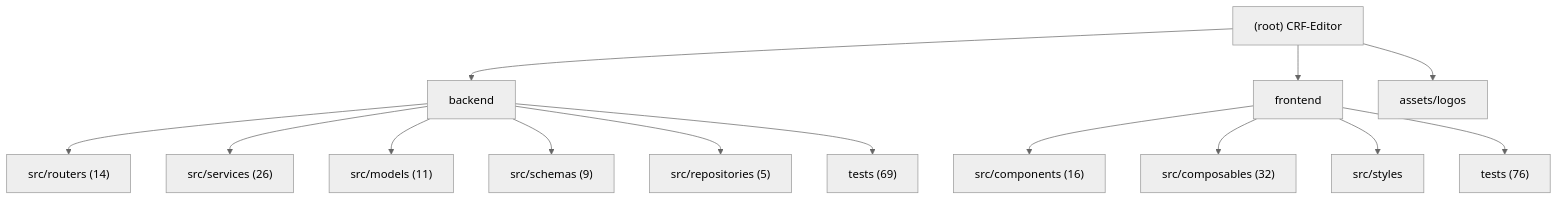
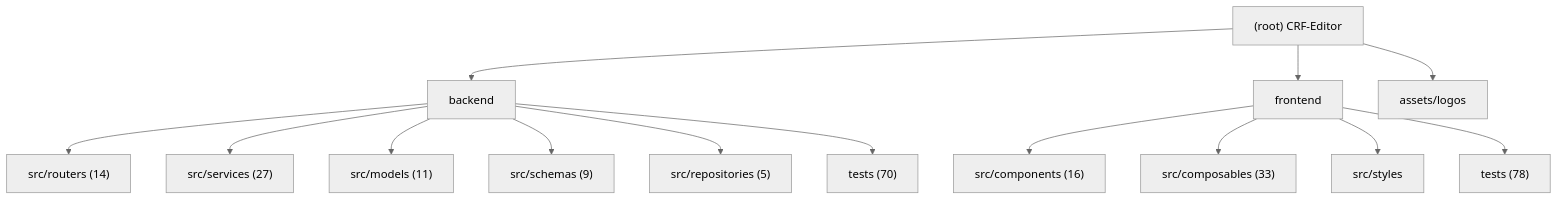
One commit to decade6666/CRF-Editor changed the diagram in .claude/CLAUDE.md. Above: the diagram before and after it, drawn with Mermaid (neutral theme). The commit also changed other lines of this file and 6 other files, not shown here.

````diff
--- a/.claude/CLAUDE.md
+++ b/.claude/CLAUDE.md
@@ -15,19 +15,19 @@
 ```mermaid
 graph TD
     A["(root) CRF-Editor"] --> B["backend"];
     B --> B1["src/routers (14)"];
-    B --> B2["src/services (26)"];
+    B --> B2["src/services (27)"];
     B --> B3["src/models (11)"];
     B --> B4["src/schemas (9)"];
     B --> B5["src/repositories (5)"];
-    B --> B6["tests (69)"];
+    B --> B6["tests (70)"];
     A --> C["frontend"];
     C --> C1["src/components (16)"];
-    C --> C2["src/composables (32)"];
+    C --> C2["src/composables (33)"];
     C --> C3["src/styles"];
-    C --> C4["tests (76)"];
+    C --> C4["tests (78)"];
     A --> D["assets/logos"];
 
     click B "./backend/.claude/CLAUDE.md" "View backend module docs"
     click C "./frontend/.claude/CLAUDE.md" "View frontend module docs"
 ```
````
